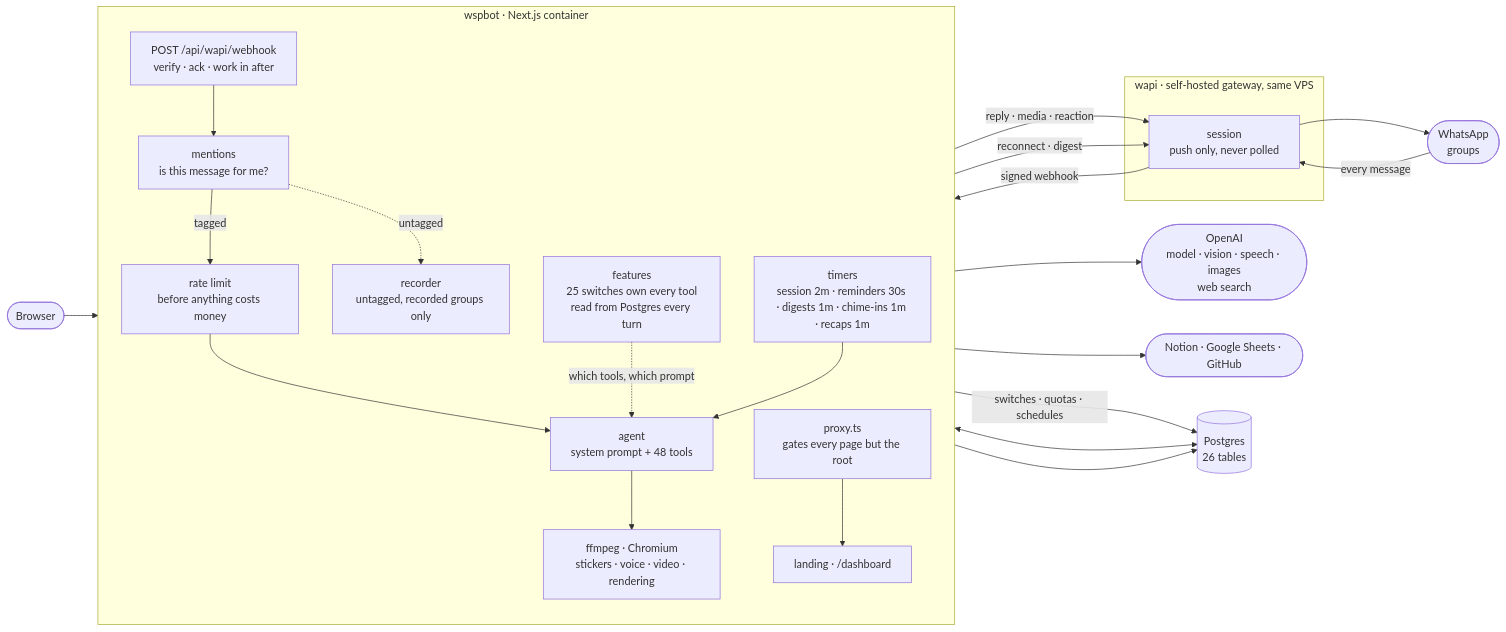
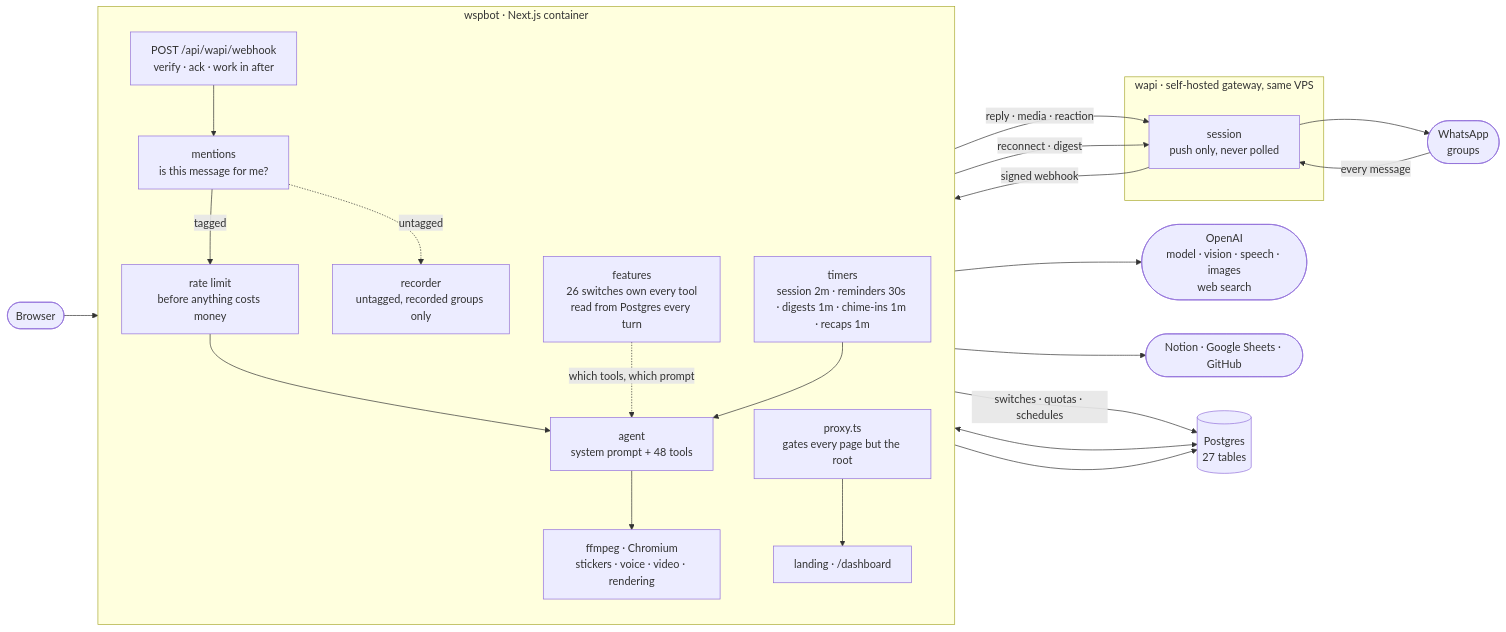
Before and after one commit to S-kkipie/wspbot: the first of 2 diagrams in README.md, drawn with Mermaid. The commit also changed other lines of this file and 3 other files, not shown here.

````diff
--- a/README.md
+++ b/README.md
@@ -67,47 +67,47 @@
 ```mermaid
 flowchart LR
     WA(["WhatsApp<br/>groups"])
     BROWSER(["Browser"])
     OPENAI(["OpenAI<br/>model · vision · speech · images<br/>web search"])
     EXT(["Notion · Google Sheets · GitHub"])
 
     subgraph gw["wapi · self-hosted gateway, same VPS"]
         SESSION["session<br/>push only, never polled"]
     end
 
     subgraph app["wspbot · Next.js container"]
         direction TB
         HOOK["POST /api/wapi/webhook<br/>verify · ack · work in after"]
         GATE["mentions<br/>is this message for me?"]
         LIMIT["rate limit<br/>before anything costs money"]
         REC["recorder<br/>untagged, recorded groups only"]
         AGENT["agent<br/>system prompt + 48 tools"]
         TIMERS["timers<br/>session 2m · reminders 30s · digests 1m · chime-ins 1m · recaps 1m"]
-        FEAT["features<br/>25 switches own every tool<br/>read from Postgres every turn"]
+        FEAT["features<br/>26 switches own every tool<br/>read from Postgres every turn"]
         FF["ffmpeg · Chromium<br/>stickers · voice · video · rendering"]
         PROXY["proxy.ts<br/>gates every page but the root"]
         PAGES["landing · /dashboard"]
     end
 
-    PG[("Postgres<br/>26 tables")]
+    PG[("Postgres<br/>27 tables")]
 
     WA -->|"every message"| SESSION
     SESSION -->|"signed webhook"| HOOK
     HOOK --> GATE
     GATE -->|"tagged"| LIMIT
     GATE -.->|"untagged"| REC
     LIMIT --> AGENT
     FEAT -.->|"which tools, which prompt"| AGENT
     AGENT --> OPENAI
     AGENT --> FF
     AGENT --> EXT
     AGENT -->|"reply · media · reaction"| SESSION
     SESSION --> WA
 
     BROWSER --> PROXY --> PAGES
     PAGES -->|"switches · quotas · schedules"| PG
     AGENT <--> PG
     REC --> PG
     TIMERS --> AGENT
     TIMERS -->|"reconnect · digest"| SESSION
 ```
````
